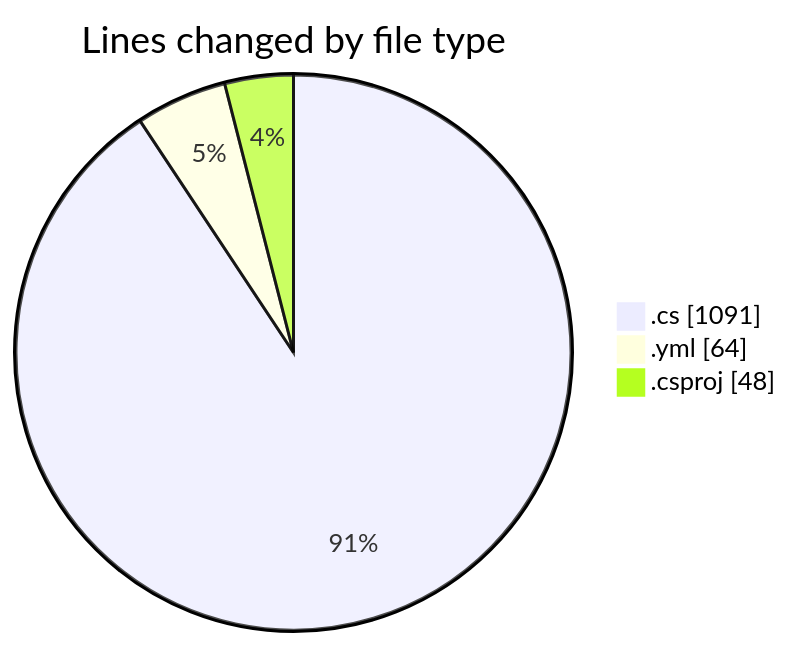
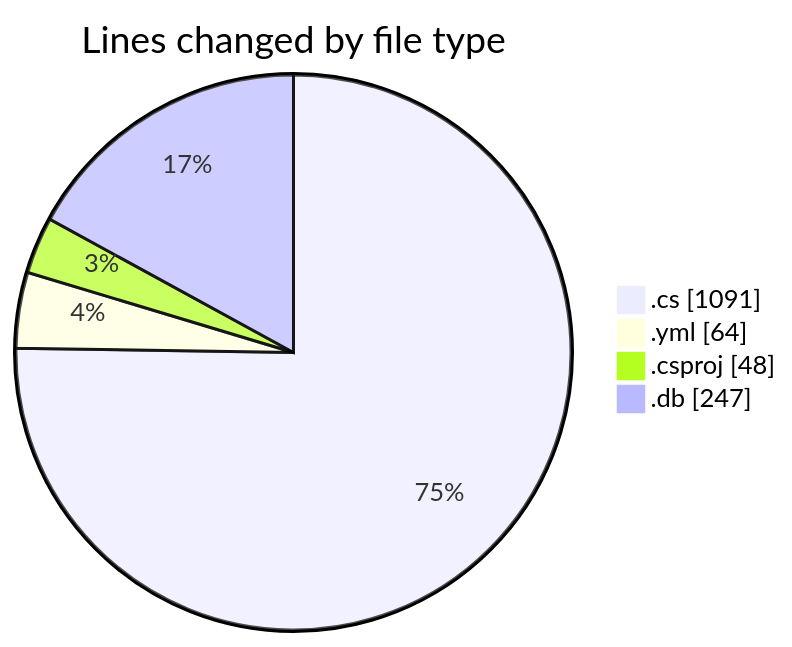
The first of 2 diagrams in 2025-04-29/back-end/README.md (Netris89/code-tracking), drawn with Mermaid before and after one commit. The commit also changed other lines of this file and 1 other file, not shown here.

````diff
--- a/2025-04-29/back-end/README.md
+++ b/2025-04-29/back-end/README.md
@@ -27,7 +28,8 @@
 ```mermaid
 pie showData
 title Lines changed by file type
 ".cs" : 1091
 ".yml" : 64
 ".csproj" : 48
+".db" : 247
 ```
````
